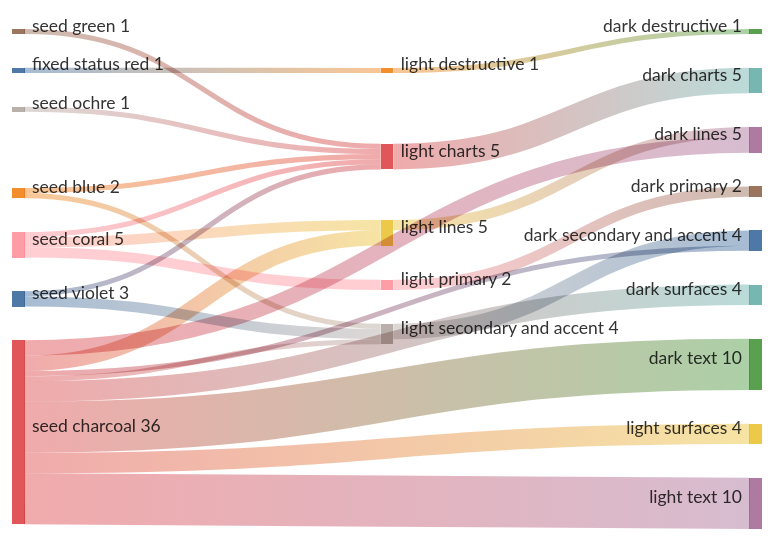
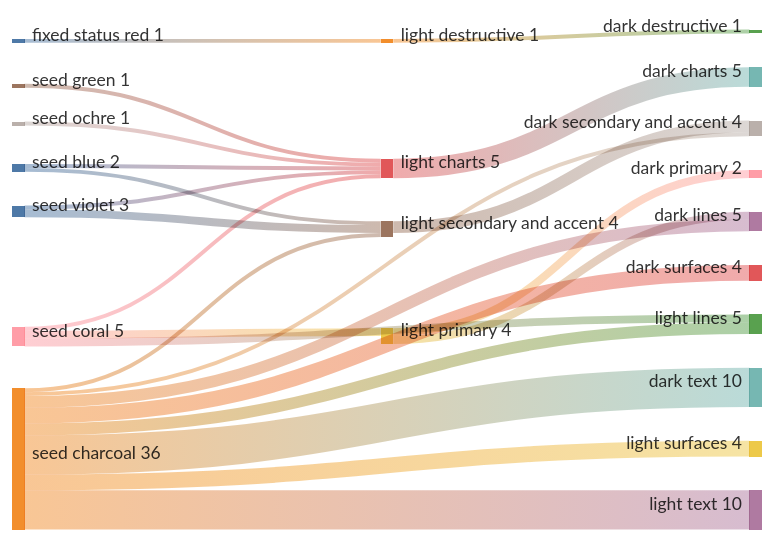
The diagram in README.md (flyingrobots/theme-book), drawn with Mermaid before and after one commit. The commit also changed other lines of this file and 2 other files, not shown here.

First line of the commit message:
Green: the sankey labels each dark flow by the light role it derives from

````diff
--- a/README.md
+++ b/README.md
@@ -148,27 +148,27 @@
 ```mermaid
 sankey-beta
 
 fixed status red,light destructive,1
 light charts,dark charts,5
 light destructive,dark destructive,1
-light lines,dark lines,2
+light primary,dark lines,2
 light primary,dark primary,2
 light secondary and accent,dark secondary and accent,3
 seed blue,light charts,1
 seed blue,light secondary and accent,1
 seed charcoal,dark lines,3
 seed charcoal,dark secondary and accent,1
 seed charcoal,dark surfaces,4
 seed charcoal,dark text,10
 seed charcoal,light lines,3
 seed charcoal,light secondary and accent,1
 seed charcoal,light surfaces,4
 seed charcoal,light text,10
 seed coral,light charts,1
 seed coral,light lines,2
 seed coral,light primary,2
 seed green,light charts,1
 seed ochre,light charts,1
 seed violet,light charts,1
 seed violet,light secondary and accent,2
 ```
````
